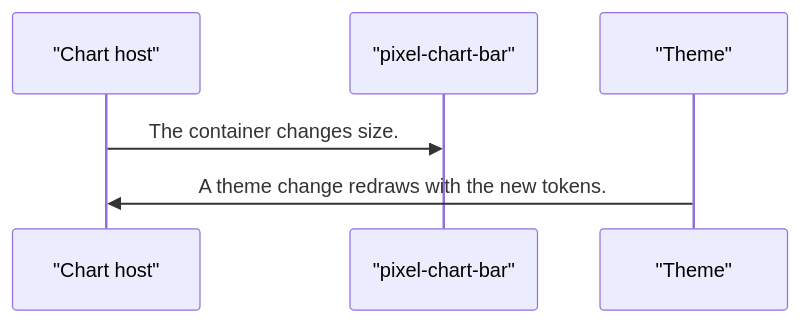
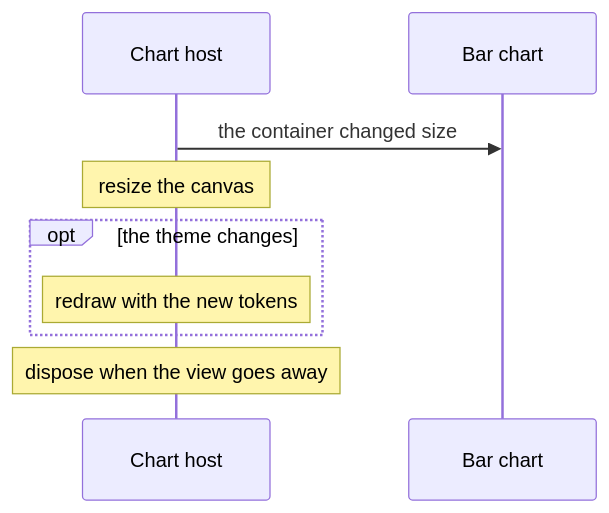
Before and after one commit to RajshekharBorate/pixel-ui: the fourth of 5 diagrams in projects/pixel-ui/src/lib/pixel-chart-bar/DESIGN.md, drawn with Mermaid. The commit also changed other lines of this file and 73 other files, not shown here.

Commit message:
Explain who owns each value and what each flow does in every component and service design.

````diff
--- a/projects/pixel-ui/src/lib/pixel-chart-bar/DESIGN.md
+++ b/projects/pixel-ui/src/lib/pixel-chart-bar/DESIGN.md
@@ -82,8 +104,11 @@
 ```mermaid
 sequenceDiagram
-  participant host as "Chart host"
-  participant plot as "pixel-chart-bar"
-  participant theme as "Theme"
-  host->>plot: The container changes size.
-  theme->>host: A theme change redraws with the new tokens.
+  participant Host as Chart host
+  participant Plot as Bar chart
+  Host->>Plot: the container changed size
+  Note over Host: resize the canvas
+  opt the theme changes
+    Note over Host: redraw with the new tokens
+  end
+  Note over Host: dispose when the view goes away
 ```
````
